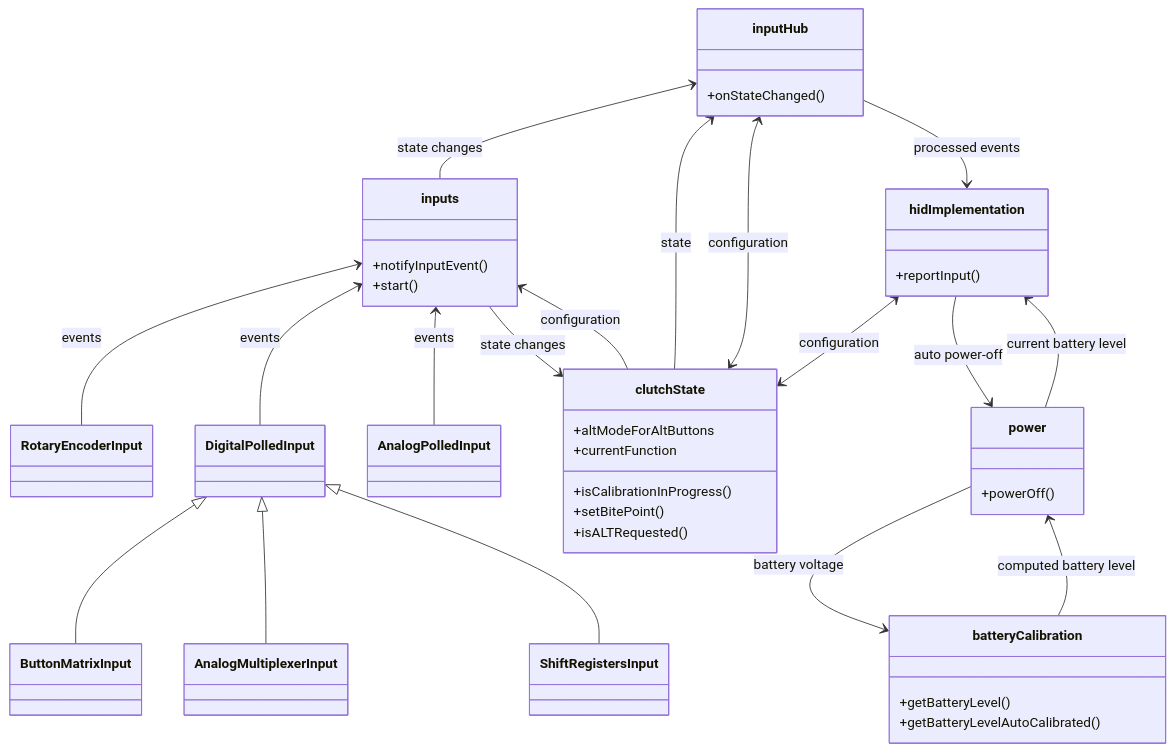
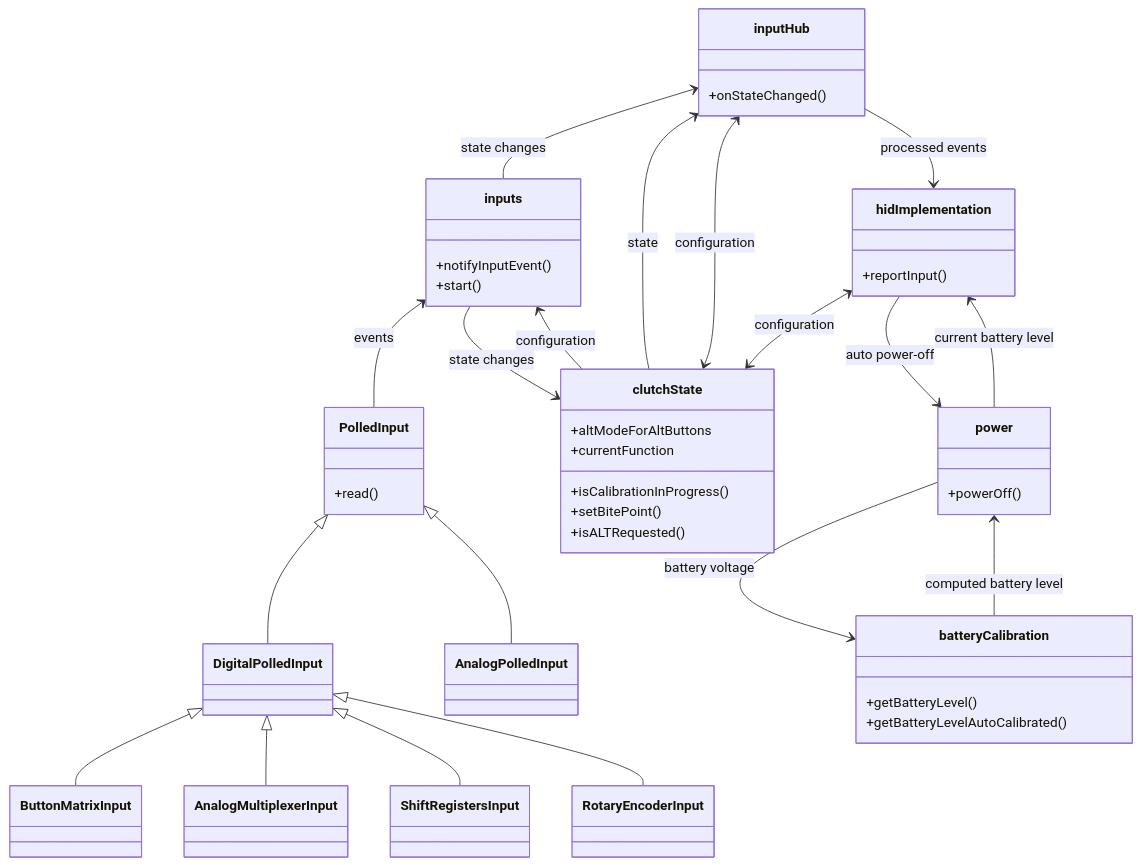
Before and after one commit to afpineda/OpenSourceSimWheelESP32: the first of 3 diagrams in doc/firmware/FirmwareArchitecture_en.md, drawn with Mermaid. The commit also changed other lines of this file, not shown here.

````diff
--- a/doc/firmware/FirmwareArchitecture_en.md
+++ b/doc/firmware/FirmwareArchitecture_en.md
@@ -40,45 +40,49 @@
 ```mermaid
 classDiagram
     class RotaryEncoderInput
     class inputs {
       +notifyInputEvent()
       +start()
     }
     class inputHub {
       +onStateChanged()
     }
     class clutchState {
       +isCalibrationInProgress()
       +setBitePoint()
       +isALTRequested()
       +altModeForAltButtons
       +currentFunction
     }
     class hidImplementation {
       +reportInput()
     }
     class power {
       +powerOff()
     }
     class batteryCalibration {
       +getBatteryLevel()
       +getBatteryLevelAutoCalibrated()
     }
+    class PolledInput {
+      +read()
+    }
     inputHub <-- inputs: state changes
-    inputs <-- RotaryEncoderInput: events
-    inputs <-- DigitalPolledInput: events
-    inputs <-- AnalogPolledInput: events
+    inputs <-- PolledInput: events
     inputs --> clutchState: state changes
     inputs <-- clutchState: configuration
     DigitalPolledInput <|-- ButtonMatrixInput
     DigitalPolledInput <|-- AnalogMultiplexerInput
     DigitalPolledInput <|-- ShiftRegistersInput
+    DigitalPolledInput <|-- RotaryEncoderInput
+    PolledInput <|-- DigitalPolledInput
+    PolledInput <|-- AnalogPolledInput
     inputHub <-- clutchState: state
     inputHub <--> clutchState: configuration
     inputHub --> hidImplementation: processed events
     hidImplementation <--> clutchState: configuration
     hidImplementation --> power: auto power-off
     hidImplementation <-- power: current battery level
     power --> batteryCalibration: battery voltage
     power <-- batteryCalibration: computed battery level
 ```
````
